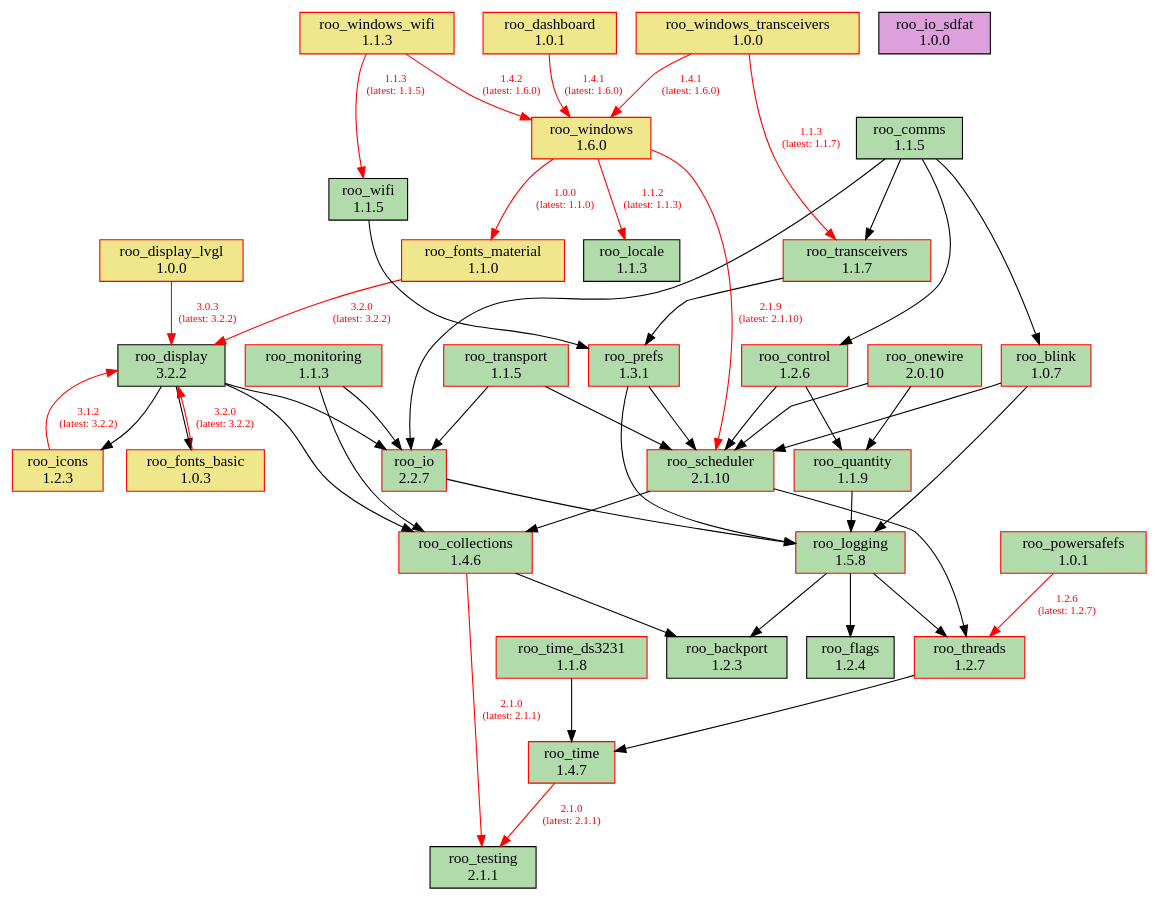
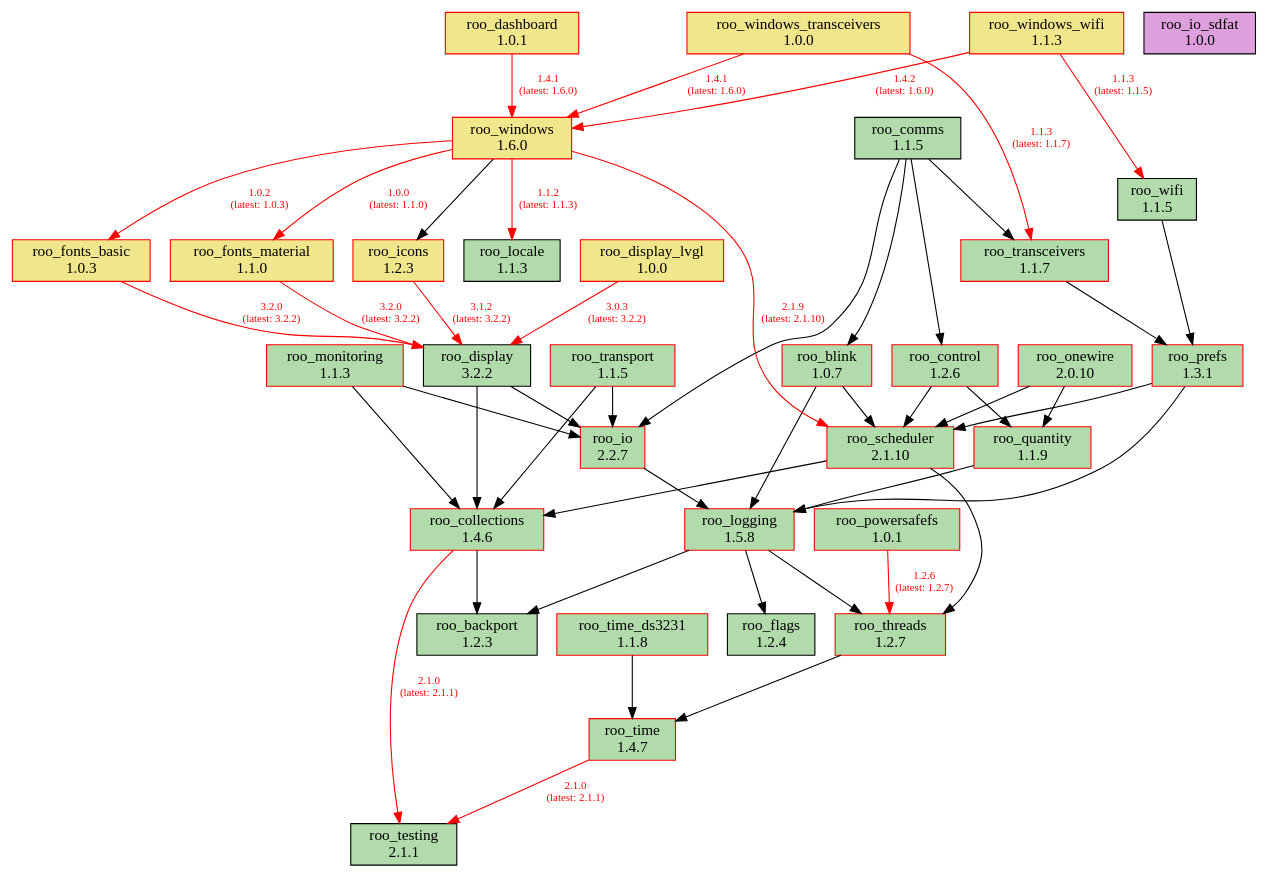
Before and after one commit to dejwk/roo-registry: the diagram in doc/dependencies.dot, drawn with Graphviz. The commit also changed 4 other files, not shown here.

Commit message:
Ignore dev dependencies in graph generation.

```diff
--- a/doc/dependencies.dot
+++ b/doc/dependencies.dot
@@ -1,88 +1,88 @@
 digraph dependencies {
     rankdir=TB;
     node [shape=box, style=filled];
     edge [fontsize=10];
 
     // Modules
     "roo_backport" [label="roo_backport\n1.2.3", fillcolor="#b1dbab", color="black"];
     "roo_blink" [label="roo_blink\n1.0.7", fillcolor="#b1dbab", color="red"];
     "roo_collections" [label="roo_collections\n1.4.6", fillcolor="#b1dbab", color="red"];
     "roo_comms" [label="roo_comms\n1.1.5", fillcolor="#b1dbab", color="black"];
     "roo_control" [label="roo_control\n1.2.6", fillcolor="#b1dbab", color="red"];
     "roo_dashboard" [label="roo_dashboard\n1.0.1", fillcolor="khaki", color="red"];
     "roo_display" [label="roo_display\n3.2.2", fillcolor="#b1dbab", color="black"];
     "roo_display_lvgl" [label="roo_display_lvgl\n1.0.0", fillcolor="khaki", color="red"];
     "roo_flags" [label="roo_flags\n1.2.4", fillcolor="#b1dbab", color="black"];
     "roo_fonts_basic" [label="roo_fonts_basic\n1.0.3", fillcolor="khaki", color="red"];
     "roo_fonts_material" [label="roo_fonts_material\n1.1.0", fillcolor="khaki", color="red"];
     "roo_icons" [label="roo_icons\n1.2.3", fillcolor="khaki", color="red"];
     "roo_io" [label="roo_io\n2.2.7", fillcolor="#b1dbab", color="red"];
     "roo_io_sdfat" [label="roo_io_sdfat\n1.0.0", fillcolor="plum", color="black"];
     "roo_locale" [label="roo_locale\n1.1.3", fillcolor="#b1dbab", color="black"];
     "roo_logging" [label="roo_logging\n1.5.8", fillcolor="#b1dbab", color="red"];
     "roo_monitoring" [label="roo_monitoring\n1.1.3", fillcolor="#b1dbab", color="red"];
     "roo_onewire" [label="roo_onewire\n2.0.10", fillcolor="#b1dbab", color="red"];
     "roo_powersafefs" [label="roo_powersafefs\n1.0.1", fillcolor="#b1dbab", color="red"];
     "roo_prefs" [label="roo_prefs\n1.3.1", fillcolor="#b1dbab", color="red"];
     "roo_quantity" [label="roo_quantity\n1.1.9", fillcolor="#b1dbab", color="red"];
     "roo_scheduler" [label="roo_scheduler\n2.1.10", fillcolor="#b1dbab", color="red"];
     "roo_testing" [label="roo_testing\n2.1.1", fillcolor="#b1dbab", color="black"];
     "roo_threads" [label="roo_threads\n1.2.7", fillcolor="#b1dbab", color="red"];
     "roo_time" [label="roo_time\n1.4.7", fillcolor="#b1dbab", color="red"];
     "roo_time_ds3231" [label="roo_time_ds3231\n1.1.8", fillcolor="#b1dbab", color="red"];
     "roo_transceivers" [label="roo_transceivers\n1.1.7", fillcolor="#b1dbab", color="red"];
     "roo_transport" [label="roo_transport\n1.1.5", fillcolor="#b1dbab", color="red"];
     "roo_wifi" [label="roo_wifi\n1.1.5", fillcolor="#b1dbab", color="black"];
     "roo_windows" [label="roo_windows\n1.6.0", fillcolor="khaki", color="red"];
     "roo_windows_transceivers" [label="roo_windows_transceivers\n1.0.0", fillcolor="khaki", color="red"];
     "roo_windows_wifi" [label="roo_windows_wifi\n1.1.3", fillcolor="khaki", color="red"];
 
     // Dependencies
     "roo_blink" -> "roo_logging";
     "roo_blink" -> "roo_scheduler";
     "roo_collections" -> "roo_testing" [color=red, fontcolor=red, label="2.1.0\n(latest: 2.1.1)"];
     "roo_collections" -> "roo_backport";
     "roo_comms" -> "roo_blink";
     "roo_comms" -> "roo_control";
     "roo_comms" -> "roo_io";
     "roo_comms" -> "roo_transceivers";
     "roo_control" -> "roo_quantity";
     "roo_control" -> "roo_scheduler";
     "roo_dashboard" -> "roo_windows" [color=red, fontcolor=red, label="1.4.1\n(latest: 1.6.0)"];
     "roo_display" -> "roo_collections";
     "roo_display" -> "roo_io";
-    "roo_display" -> "roo_icons";
-    "roo_display" -> "roo_fonts_basic";
     "roo_display_lvgl" -> "roo_display" [color=red, fontcolor=red, label="3.0.3\n(latest: 3.2.2)"];
     "roo_fonts_basic" -> "roo_display" [color=red, fontcolor=red, label="3.2.0\n(latest: 3.2.2)"];
     "roo_fonts_material" -> "roo_display" [color=red, fontcolor=red, label="3.2.0\n(latest: 3.2.2)"];
     "roo_icons" -> "roo_display" [color=red, fontcolor=red, label="3.1.2\n(latest: 3.2.2)"];
     "roo_io" -> "roo_logging";
     "roo_logging" -> "roo_backport";
     "roo_logging" -> "roo_flags";
     "roo_logging" -> "roo_threads";
     "roo_monitoring" -> "roo_collections";
     "roo_monitoring" -> "roo_io";
     "roo_onewire" -> "roo_scheduler";
     "roo_onewire" -> "roo_quantity";
     "roo_powersafefs" -> "roo_threads" [color=red, fontcolor=red, label="1.2.6\n(latest: 1.2.7)"];
     "roo_prefs" -> "roo_logging";
     "roo_prefs" -> "roo_scheduler";
     "roo_quantity" -> "roo_logging";
     "roo_scheduler" -> "roo_collections";
     "roo_scheduler" -> "roo_threads";
     "roo_threads" -> "roo_time";
     "roo_time" -> "roo_testing" [color=red, fontcolor=red, label="2.1.0\n(latest: 2.1.1)"];
     "roo_time_ds3231" -> "roo_time";
     "roo_transceivers" -> "roo_prefs";
+    "roo_transport" -> "roo_collections";
     "roo_transport" -> "roo_io";
-    "roo_transport" -> "roo_scheduler";
     "roo_wifi" -> "roo_prefs";
+    "roo_windows" -> "roo_fonts_basic" [color=red, fontcolor=red, label="1.0.2\n(latest: 1.0.3)"];
     "roo_windows" -> "roo_fonts_material" [color=red, fontcolor=red, label="1.0.0\n(latest: 1.1.0)"];
     "roo_windows" -> "roo_locale" [color=red, fontcolor=red, label="1.1.2\n(latest: 1.1.3)"];
+    "roo_windows" -> "roo_icons";
     "roo_windows" -> "roo_scheduler" [color=red, fontcolor=red, label="2.1.9\n(latest: 2.1.10)"];
     "roo_windows_transceivers" -> "roo_transceivers" [color=red, fontcolor=red, label="1.1.3\n(latest: 1.1.7)"];
     "roo_windows_transceivers" -> "roo_windows" [color=red, fontcolor=red, label="1.4.1\n(latest: 1.6.0)"];
     "roo_windows_wifi" -> "roo_wifi" [color=red, fontcolor=red, label="1.1.3\n(latest: 1.1.5)"];
     "roo_windows_wifi" -> "roo_windows" [color=red, fontcolor=red, label="1.4.2\n(latest: 1.6.0)"];
 }
```
